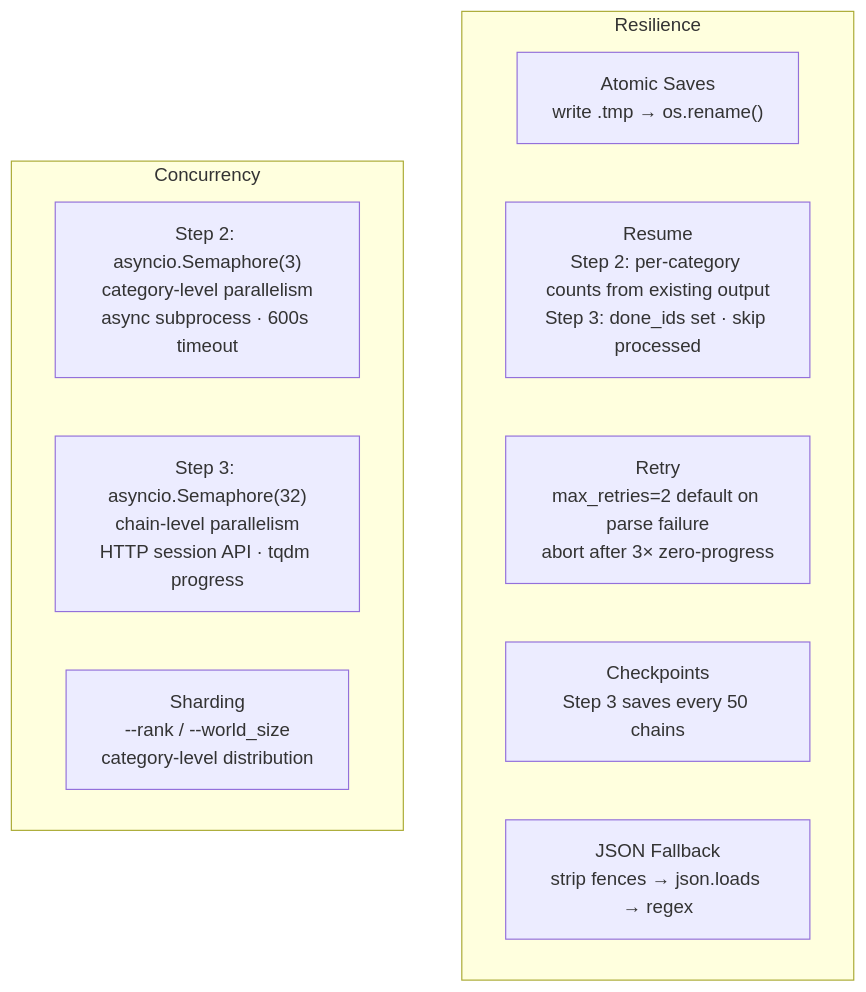
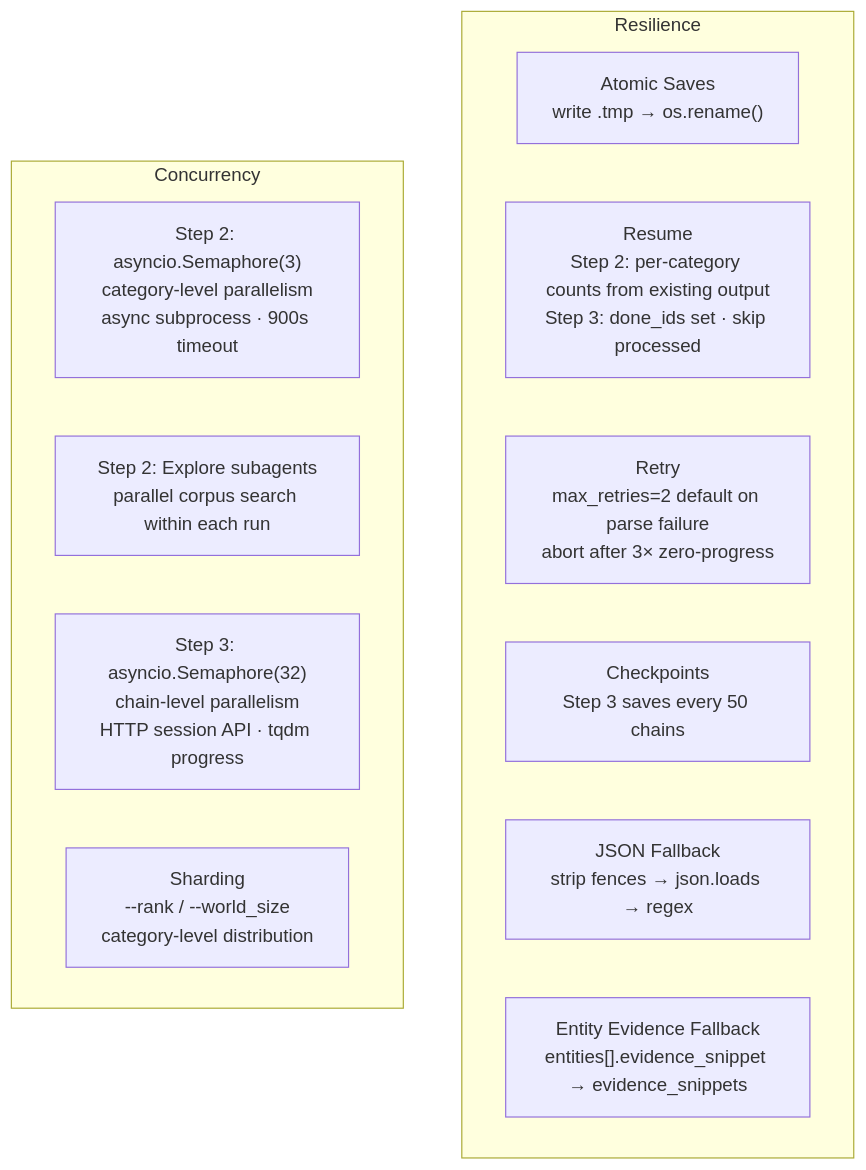
Before and after one commit to magic-data-ops/chunker: the seventh of 9 diagrams in architecture.md, drawn with Mermaid. The commit also changed other lines of this file, not shown here.

````diff
--- a/architecture.md
+++ b/architecture.md
@@ -230,16 +272,18 @@
 ```mermaid
 flowchart TB
     subgraph RESILIENCE["Resilience"]
         AT["Atomic Saves<br/>write .tmp → os.rename()"]
         RE["Resume<br/>Step 2: per-category counts from existing output<br/>Step 3: done_ids set · skip processed"]
         RT["Retry<br/>max_retries=2 default on parse failure<br/>abort after 3× zero-progress"]
         CK["Checkpoints<br/>Step 3 saves every 50 chains"]
         JF["JSON Fallback<br/>strip fences → json.loads → regex"]
+        EF["Entity Evidence Fallback<br/>entities[].evidence_snippet → evidence_snippets"]
     end
 
     subgraph CONCURRENCY["Concurrency"]
-        S2C["Step 2: asyncio.Semaphore(3)<br/>category-level parallelism<br/>async subprocess · 600s timeout"]
+        S2C["Step 2: asyncio.Semaphore(3)<br/>category-level parallelism<br/>async subprocess · 900s timeout"]
+        S2SA["Step 2: Explore subagents<br/>parallel corpus search within each run"]
         S3C["Step 3: asyncio.Semaphore(32)<br/>chain-level parallelism<br/>HTTP session API · tqdm progress"]
         SH["Sharding<br/>--rank / --world_size<br/>category-level distribution"]
     end
 ```
````
